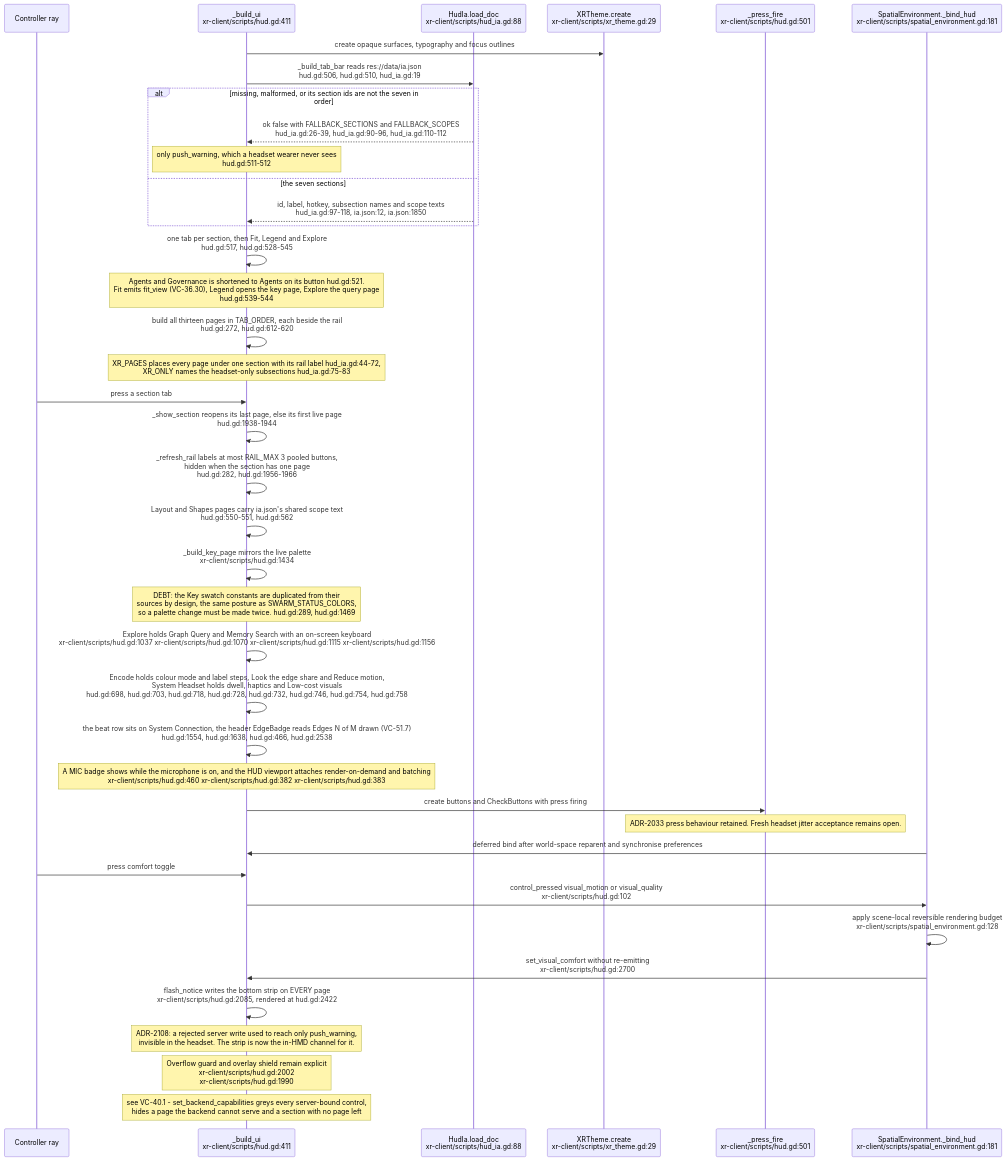
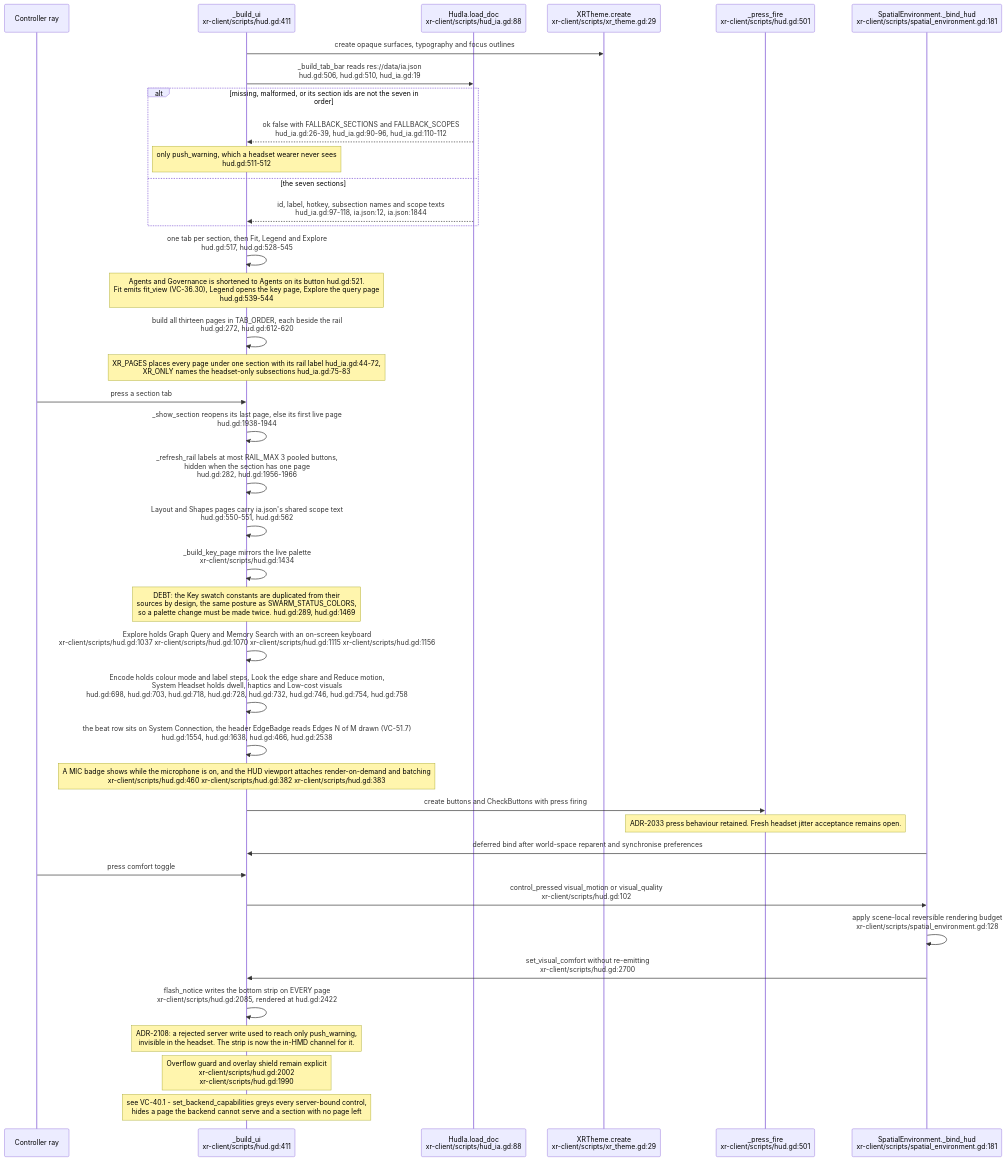
One commit to DreamLab-AI/VisionFlow changed the eighth of 30 diagrams in docs/diagrams/visionclaw/36-godot-xr-client.md. Above: the diagram before and after it, drawn with Mermaid. The commit also changed other lines of this file and 46 other files, not shown here.

Commit message:
docs(diagrams): re-verify VisionClaw topics at 809a859aa/a950f4d80 after the consolidation pass

````diff
--- a/docs/diagrams/visionclaw/36-godot-xr-client.md
+++ b/docs/diagrams/visionclaw/36-godot-xr-client.md
@@ -490,42 +504,42 @@
 ```mermaid
 sequenceDiagram
     participant W as Controller ray
     participant HUD as _build_ui<br/>xr-client/scripts/hud.gd:411
     participant IA as HudIa.load_doc<br/>xr-client/scripts/hud_ia.gd:88
     participant Theme as XRTheme.create<br/>xr-client/scripts/xr_theme.gd:29
     participant Press as _press_fire<br/>xr-client/scripts/hud.gd:501
     participant Env as SpatialEnvironment._bind_hud<br/>xr-client/scripts/spatial_environment.gd:181
     HUD->>Theme: create opaque surfaces, typography and focus outlines
     HUD->>IA: _build_tab_bar reads res://data/ia.json<br/>hud.gd:506, hud.gd:510, hud_ia.gd:19
     alt missing, malformed, or its section ids are not the seven in order
         IA-->>HUD: ok false with FALLBACK_SECTIONS and FALLBACK_SCOPES<br/>hud_ia.gd:26-39, hud_ia.gd:90-96, hud_ia.gd:110-112
         Note over HUD: only push_warning, which a headset wearer never sees<br/>hud.gd:511-512
     else the seven sections
-        IA-->>HUD: id, label, hotkey, subsection names and scope texts<br/>hud_ia.gd:97-118, ia.json:12, ia.json:1850
+        IA-->>HUD: id, label, hotkey, subsection names and scope texts<br/>hud_ia.gd:97-118, ia.json:12, ia.json:1844
     end
     HUD->>HUD: one tab per section, then Fit, Legend and Explore<br/>hud.gd:517, hud.gd:528-545
     Note over HUD: Agents and Governance is shortened to Agents on its button hud.gd:521.<br/>Fit emits fit_view (VC-36.30), Legend opens the key page, Explore the query page<br/>hud.gd:539-544
     HUD->>HUD: build all thirteen pages in TAB_ORDER, each beside the rail<br/>hud.gd:272, hud.gd:612-620
     Note over HUD: XR_PAGES places every page under one section with its rail label hud_ia.gd:44-72,<br/>XR_ONLY names the headset-only subsections hud_ia.gd:75-83
     W->>HUD: press a section tab
     HUD->>HUD: _show_section reopens its last page, else its first live page<br/>hud.gd:1938-1944
     HUD->>HUD: _refresh_rail labels at most RAIL_MAX 3 pooled buttons,<br/>hidden when the section has one page<br/>hud.gd:282, hud.gd:1956-1966
     HUD->>HUD: Layout and Shapes pages carry ia.json's shared scope text<br/>hud.gd:550-551, hud.gd:562
     HUD->>HUD: _build_key_page mirrors the live palette<br/>xr-client/scripts/hud.gd:1434
     Note over HUD: DEBT: the Key swatch constants are duplicated from their<br/>sources by design, the same posture as SWARM_STATUS_COLORS,<br/>so a palette change must be made twice. hud.gd:289, hud.gd:1469
     HUD->>HUD: Explore holds Graph Query and Memory Search with an on-screen keyboard<br/>xr-client/scripts/hud.gd:1037 xr-client/scripts/hud.gd:1070 xr-client/scripts/hud.gd:1115 xr-client/scripts/hud.gd:1156
     HUD->>HUD: Encode holds colour mode and label steps, Look the edge share and Reduce motion,<br/>System Headset holds dwell, haptics and Low-cost visuals<br/>hud.gd:698, hud.gd:703, hud.gd:718, hud.gd:728, hud.gd:732, hud.gd:746, hud.gd:754, hud.gd:758
     HUD->>HUD: the beat row sits on System Connection, the header EdgeBadge reads Edges N of M drawn (VC-51.7)<br/>hud.gd:1554, hud.gd:1638, hud.gd:466, hud.gd:2538
     Note over HUD: A MIC badge shows while the microphone is on, and the HUD viewport attaches render-on-demand and batching<br/>xr-client/scripts/hud.gd:460 xr-client/scripts/hud.gd:382 xr-client/scripts/hud.gd:383
     HUD->>Press: create buttons and CheckButtons with press firing
     Note over Press: ADR-2033 press behaviour retained. Fresh headset jitter acceptance remains open.
     Env->>HUD: deferred bind after world-space reparent and synchronise preferences
     W->>HUD: press comfort toggle
     HUD->>Env: control_pressed visual_motion or visual_quality<br/>xr-client/scripts/hud.gd:102
     Env->>Env: apply scene-local reversible rendering budget<br/>xr-client/scripts/spatial_environment.gd:128
     Env->>HUD: set_visual_comfort without re-emitting<br/>xr-client/scripts/hud.gd:2700
     HUD->>HUD: flash_notice writes the bottom strip on EVERY page<br/>xr-client/scripts/hud.gd:2085, rendered at hud.gd:2422
     Note over HUD: ADR-2108: a rejected server write used to reach only push_warning,<br/>invisible in the headset. The strip is now the in-HMD channel for it.
     Note over HUD: Overflow guard and overlay shield remain explicit<br/>xr-client/scripts/hud.gd:2002<br/>xr-client/scripts/hud.gd:1990
     Note over HUD: see VC-40.1 - set_backend_capabilities greys every server-bound control,<br/>hides a page the backend cannot serve and a section with no page left
 ```
````
